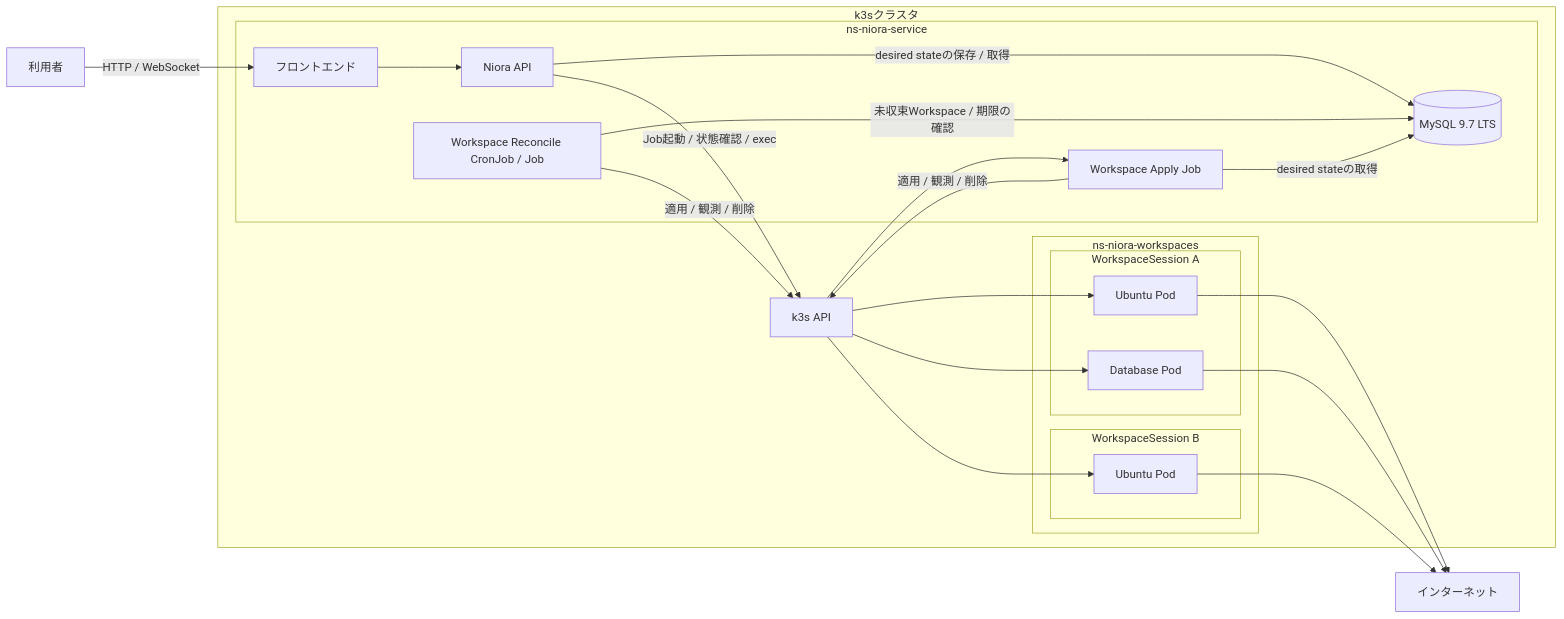
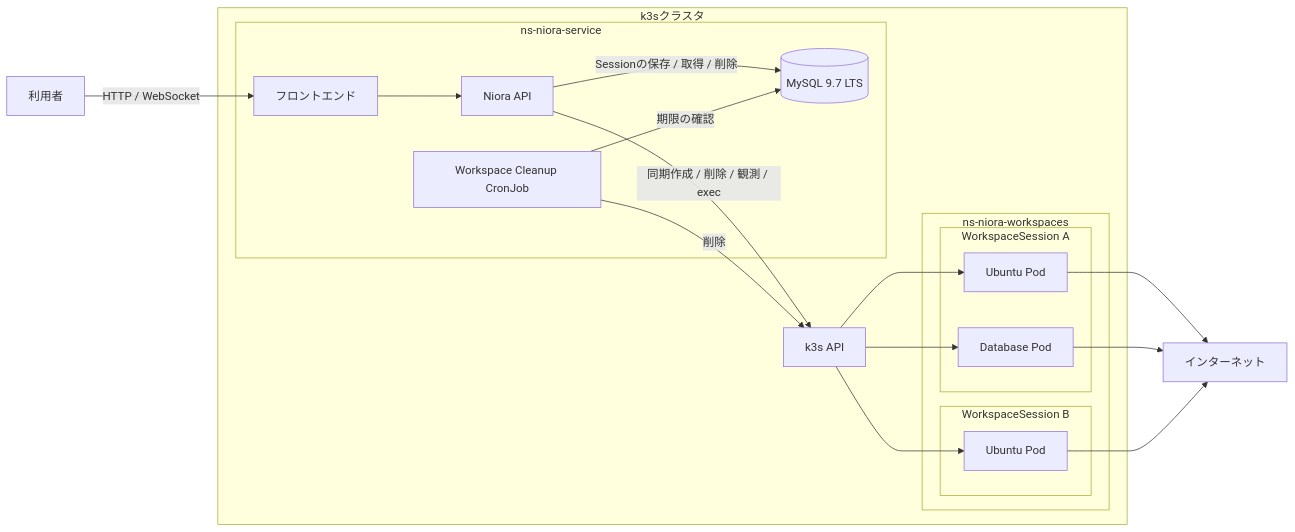
One commit to yuta15/Niora-API changed the first of 2 diagrams in docs/architecture.md. Above: the diagram before and after it, drawn with Mermaid. The commit also changed other lines of this file and 8 other files, not shown here.

````diff
--- a/docs/architecture.md
+++ b/docs/architecture.md
@@ -9,44 +9,40 @@
 ```mermaid
 flowchart LR
     User[利用者]
     Internet[インターネット]
 
     subgraph K3s[k3sクラスタ]
         K3sAPI[k3s API]
 
         subgraph ServiceNS[ns-niora-service]
             Frontend[フロントエンド]
             API[Niora API]
             Database[(MySQL 9.7 LTS)]
-            ApplyJob[Workspace Apply Job]
-            Reconcile[Workspace Reconcile CronJob / Job]
+            Cleanup[Workspace Cleanup CronJob]
         end
 
         subgraph WorkspaceNS[ns-niora-workspaces]
             subgraph WorkspaceSessionA[WorkspaceSession A]
                 WorkspaceSessionAUbuntu[Ubuntu Pod]
                 WorkspaceSessionADatabase[Database Pod]
             end
 
             subgraph WorkspaceSessionB[WorkspaceSession B]
                 WorkspaceSessionBUbuntu[Ubuntu Pod]
             end
         end
     end
 
     User -->|HTTP / WebSocket| Frontend
     Frontend --> API
-    API -->|desired stateの保存 / 取得| Database
-    API -->|Job起動 / 状態確認 / exec| K3sAPI
-    K3sAPI --> ApplyJob
-    ApplyJob -->|desired stateの取得| Database
-    ApplyJob -->|適用 / 観測 / 削除| K3sAPI
-    Reconcile -->|未収束Workspace / 期限の確認| Database
-    Reconcile -->|適用 / 観測 / 削除| K3sAPI
+    API -->|Sessionの保存 / 取得 / 削除| Database
+    API -->|同期作成 / 削除 / 観測 / exec| K3sAPI
+    Cleanup -->|期限の確認| Database
+    Cleanup -->|削除| K3sAPI
     K3sAPI --> WorkspaceSessionAUbuntu
     K3sAPI --> WorkspaceSessionADatabase
     K3sAPI --> WorkspaceSessionBUbuntu
     WorkspaceSessionAUbuntu --> Internet
     WorkspaceSessionADatabase --> Internet
     WorkspaceSessionBUbuntu --> Internet
 ```
````
